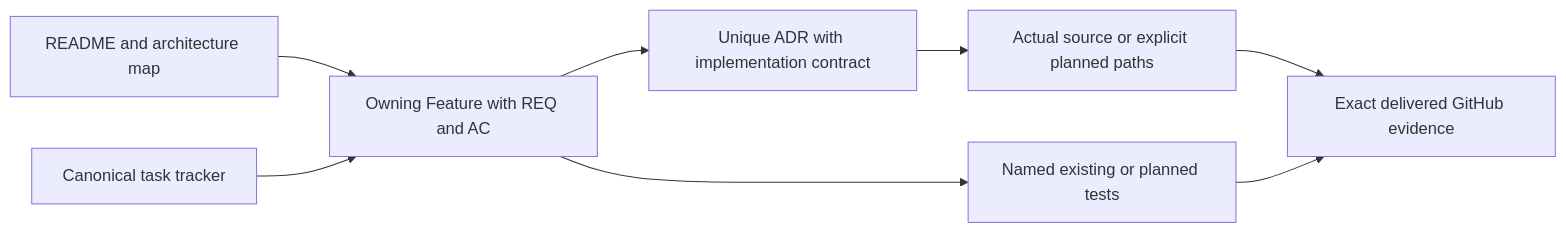
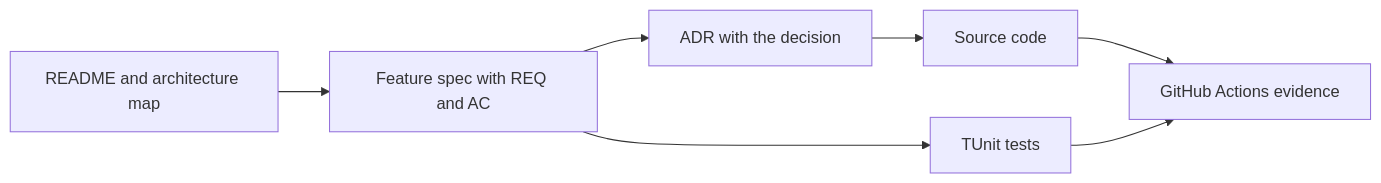
One commit to managedcode/KeyLoad changed the diagram in docs/README.md. Above: the diagram before and after it, drawn with Mermaid. The commit also changed other lines of this file and 7356 other files, not shown here.

````diff
--- a/docs/README.md
+++ b/docs/README.md
@@ -50,10 +9,9 @@
 ```mermaid
 flowchart LR
-    Entry[README and architecture map] --> Feature[Owning Feature with REQ and AC]
-    Feature --> ADR[Unique ADR with implementation contract]
-    ADR --> Source[Actual source or explicit planned paths]
-    Feature --> Tests[Named existing or planned tests]
-    Source --> Evidence[Exact delivered GitHub evidence]
+    Readme[README and architecture map] --> Feature[Feature spec with REQ and AC]
+    Feature --> Adr[ADR with the decision]
+    Adr --> Source[Source code]
+    Feature --> Tests[TUnit tests]
+    Source --> Evidence[GitHub Actions evidence]
     Tests --> Evidence
-    Backlog[Canonical task tracker] --> Feature
 ```
````
